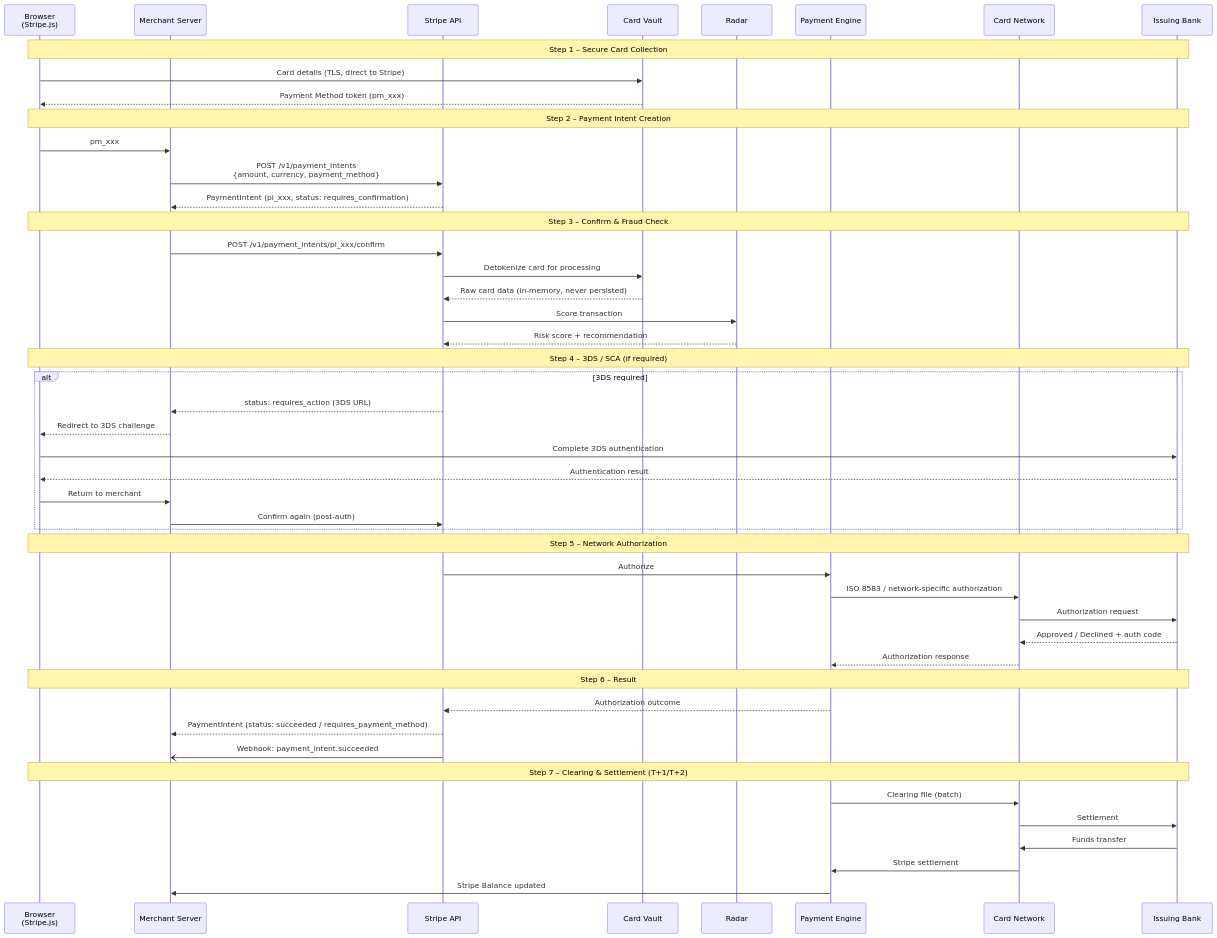
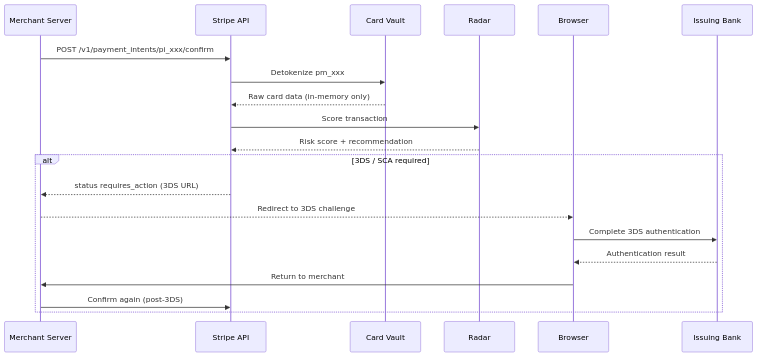
The seventh of 36 diagrams in architecture-general/09-industry-specialized-architectures/9.1.1-financial-services-architecture/9.1.1.3-stripe-payment-system-architecture.md (gurkanindibay/azure_learning), drawn with Mermaid before and after one commit. The commit also changed other lines of this file, not shown here.

Commit message:
Reevaluated stripe payment system  document

````diff
--- a/architecture-general/09-industry-specialized-architectures/9.1.1-financial-services-architecture/9.1.1.3-stripe-payment-system-architecture.md
+++ b/architecture-general/09-industry-specialized-architectures/9.1.1-financial-services-architecture/9.1.1.3-stripe-payment-system-architecture.md
@@ -259,56 +298,24 @@
 ```mermaid
 sequenceDiagram
-    participant Browser as Browser<br/>(Stripe.js)
     participant Merchant as Merchant Server
     participant API as Stripe API
     participant Vault as Card Vault
     participant Radar as Radar
-    participant PPE as Payment Engine
-    participant Network as Card Network
+    participant Browser as Browser
     participant Issuer as Issuing Bank
 
-    Note over Browser,Issuer: Step 1 – Secure Card Collection
-    Browser->>Vault: Card details (TLS, direct to Stripe)
-    Vault-->>Browser: Payment Method token (pm_xxx)
-
-    Note over Browser,Issuer: Step 2 – Payment Intent Creation
-    Browser->>Merchant: pm_xxx
-    Merchant->>API: POST /v1/payment_intents<br/>{amount, currency, payment_method}
-    API-->>Merchant: PaymentIntent (pi_xxx, status: requires_confirmation)
-
-    Note over Browser,Issuer: Step 3 – Confirm & Fraud Check
     Merchant->>API: POST /v1/payment_intents/pi_xxx/confirm
-    API->>Vault: Detokenize card for processing
-    Vault-->>API: Raw card data (in-memory, never persisted)
+    API->>Vault: Detokenize pm_xxx
+    Vault-->>API: Raw card data (in-memory only)
     API->>Radar: Score transaction
     Radar-->>API: Risk score + recommendation
 
-    Note over Browser,Issuer: Step 4 – 3DS / SCA (if required)
-    alt 3DS required
-        API-->>Merchant: status: requires_action (3DS URL)
+    alt 3DS / SCA required
+        API-->>Merchant: status requires_action (3DS URL)
         Merchant-->>Browser: Redirect to 3DS challenge
         Browser->>Issuer: Complete 3DS authentication
         Issuer-->>Browser: Authentication result
         Browser->>Merchant: Return to merchant
-        Merchant->>API: Confirm again (post-auth)
+        Merchant->>API: Confirm again (post-3DS)
     end
-
-    Note over Browser,Issuer: Step 5 – Network Authorization
-    API->>PPE: Authorize
-    PPE->>Network: ISO 8583 / network-specific authorization
-    Network->>Issuer: Authorization request
-    Issuer-->>Network: Approved / Declined + auth code
-    Network-->>PPE: Authorization response
-
-    Note over Browser,Issuer: Step 6 – Result
-    PPE-->>API: Authorization outcome
-    API-->>Merchant: PaymentIntent (status: succeeded / requires_payment_method)
-    API-)Merchant: Webhook: payment_intent.succeeded
-
-    Note over Browser,Issuer: Step 7 – Clearing & Settlement (T+1/T+2)
-    PPE->>Network: Clearing file (batch)
-    Network->>Issuer: Settlement
-    Issuer->>Network: Funds transfer
-    Network->>PPE: Stripe settlement
-    PPE->>Merchant: Stripe Balance updated
 ```
````
